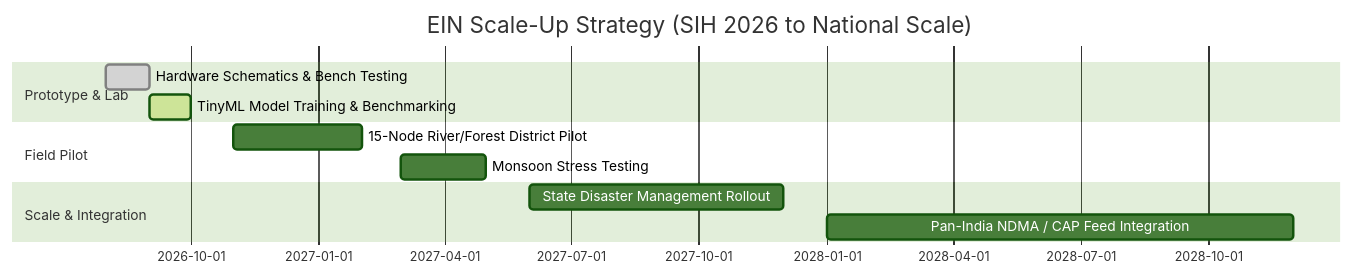
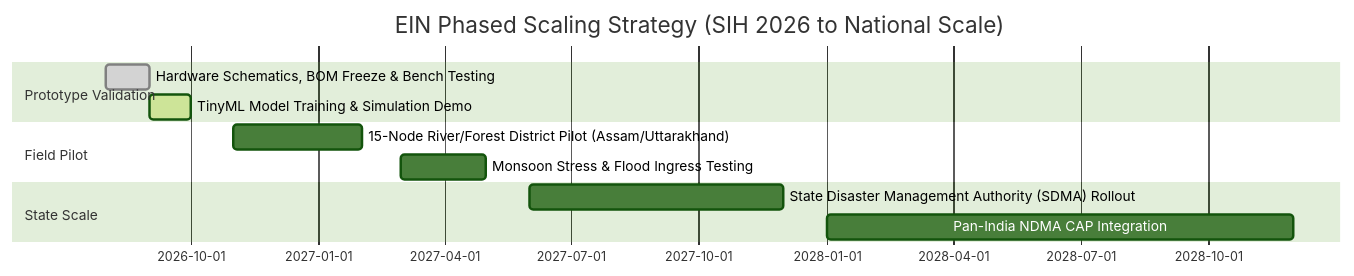
The second of 2 diagrams in README.md (AnkitPandit120/SIH_Swarnim), drawn with Mermaid (forest theme) before and after one commit. The commit also changed other lines of this file, not shown here.

````diff
--- a/README.md
+++ b/README.md
@@ -232,14 +280,14 @@
 ```mermaid
 gantt
-    title EIN Scale-Up Strategy (SIH 2026 to National Scale)
+    title EIN Phased Scaling Strategy (SIH 2026 to National Scale)
     dateFormat  YYYY-MM
-    section Prototype & Lab
-    Hardware Schematics & Bench Testing   :done, 2026-08, 2026-09
-    TinyML Model Training & Benchmarking :active, 2026-09, 2026-10
+    section Prototype Validation
+    Hardware Schematics, BOM Freeze & Bench Testing :done, 2026-08, 2026-09
+    TinyML Model Training & Simulation Demo         :active, 2026-09, 2026-10
     section Field Pilot
-    15-Node River/Forest District Pilot  :2026-11, 2027-02
-    Monsoon Stress Testing               :2027-03, 2027-05
-    section Scale & Integration
-    State Disaster Management Rollout    :2027-06, 2027-12
-    Pan-India NDMA / CAP Feed Integration:2028-01, 2028-12
+    15-Node River/Forest District Pilot (Assam/Uttarakhand) :2026-11, 2027-02
+    Monsoon Stress & Flood Ingress Testing          :2027-03, 2027-05
+    section State Scale
+    State Disaster Management Authority (SDMA) Rollout :2027-06, 2027-12
+    Pan-India NDMA CAP Integration                  :2028-01, 2028-12
 ```
````
